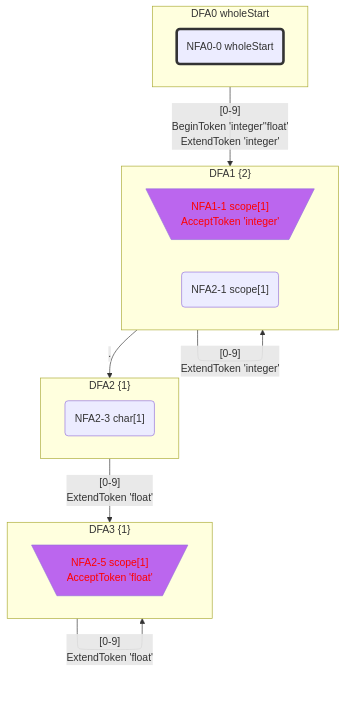
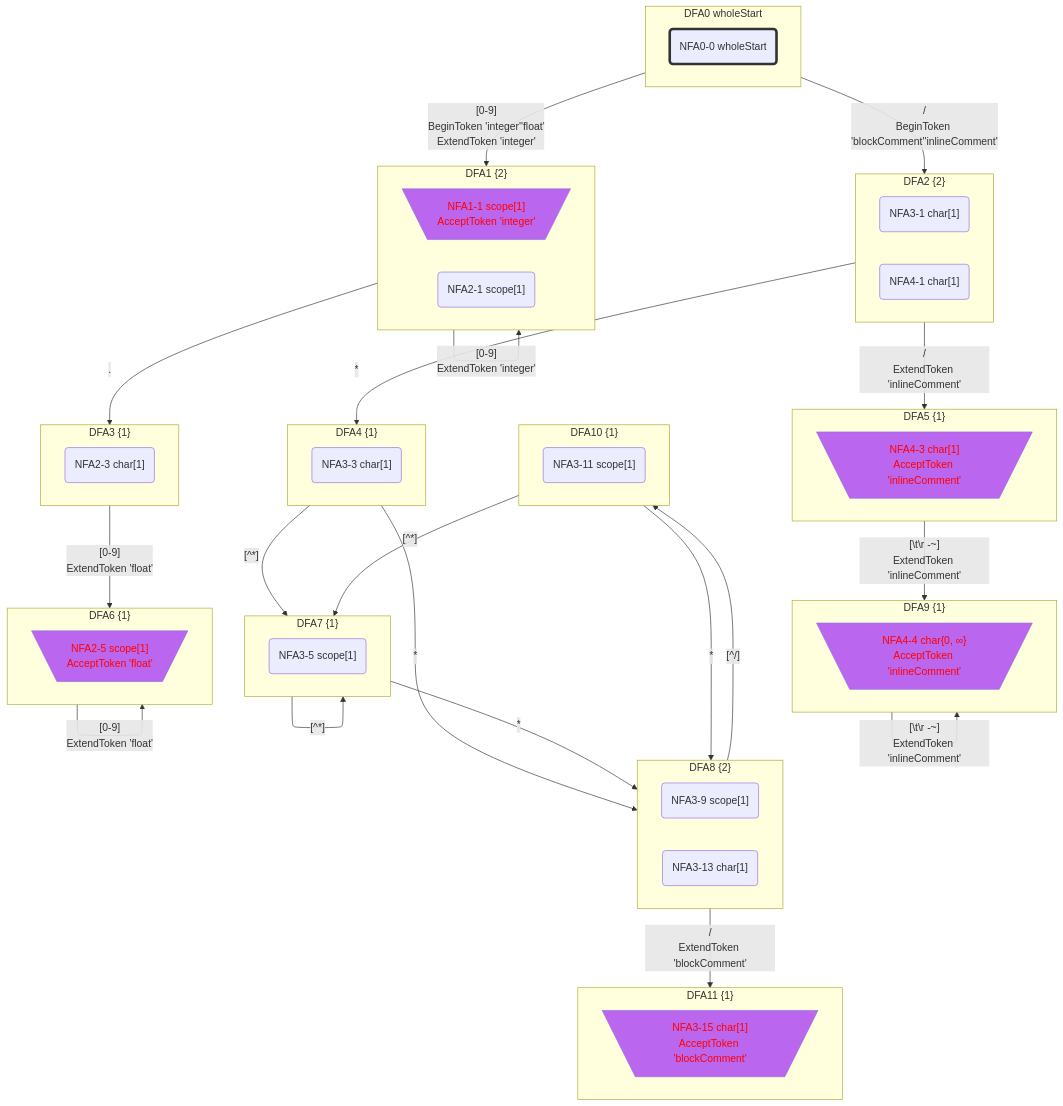
Before and after one commit to bitzhuwei/GrammarMentor: the fourth of 7 diagrams in Practices/Practice.GeneratedXxxFormat.Test/GeneratedNumbers/doc/LexicalStates.gen.md, drawn with Mermaid. The commit also changed other lines of this file and 3868 other files, not shown here.

````diff
--- a/Practices/Practice.GeneratedXxxFormat.Test/GeneratedNumbers/doc/LexicalStates.gen.md
+++ b/Practices/Practice.GeneratedXxxFormat.Test/GeneratedNumbers/doc/LexicalStates.gen.md
@@ -272,35 +577,88 @@
 classDef c1101 stroke:#333,stroke-width:4px,fill:#BB66EE,color:#FF0000;
 classDef c1110 stroke:#333,stroke-width:4px,fill:#BB66EE,stroke-dasharray: 10 10;
 classDef c1111 stroke:#333,stroke-width:4px,fill:#BB66EE,stroke-dasharray: 10 10,color:#FF0000;
-subgraph DFA0_-719760743["DFA0 wholeStart"]
-NFA0_0_2916945_0("NFA0-0 wholeStart")
-class NFA0_0_2916945_0 c1000;
+subgraph DFA0_-771602367["DFA0 wholeStart"]
+NFA0_0_46769243_0("NFA0-0 wholeStart")
+class NFA0_0_46769243_0 c1000;
 end
-class DFA0_-719760743 c1000;
-subgraph DFA1_-1749208652["DFA1 {2}"]
-NFA1_1_22693726_1[\"NFA1-1 scope[1]
+class DFA0_-771602367 c1000;
+subgraph DFA1_-1280135935["DFA1 {2}"]
+NFA1_1_20109663_1[\"NFA1-1 scope[1]
 AcceptToken 'integer'"/]
-class NFA1_1_22693726_1 c0101;
-NFA2_1_26252507_2("NFA2-1 scope[1]")
+class NFA1_1_20109663_1 c0101;
+NFA2_1_18270010_2("NFA2-1 scope[1]")
 end
-class DFA1_-1749208652 c0101;
-subgraph DFA2_-646656898["DFA2 {1}"]
-NFA2_3_34945973_3("NFA2-3 char[1]")
+class DFA1_-1280135935 c0101;
+subgraph DFA2_1441873589["DFA2 {2}"]
+NFA3_1_30212363_3("NFA3-1 char[1]")
+NFA4_1_3475817_4("NFA4-1 char[1]")
 end
-subgraph DFA3_-496823011["DFA3 {1}"]
-NFA2_5_46078304_4[\"NFA2-5 scope[1]
+subgraph DFA3_816773074["DFA3 {1}"]
+NFA2_3_31282356_5("NFA2-3 char[1]")
+end
+subgraph DFA4_2093590239["DFA4 {1}"]
+NFA3_3_54932709_6("NFA3-3 char[1]")
+end
+subgraph DFA5_648968295["DFA5 {1}"]
+NFA4_3_13105749_7[\"NFA4-3 char[1]
+AcceptToken 'inlineComment'"/]
+class NFA4_3_13105749_7 c0101;
+end
+class DFA5_648968295 c0101;
+subgraph DFA6_1463751463["DFA6 {1}"]
+NFA2_5_50842877_8[\"NFA2-5 scope[1]
 AcceptToken 'float'"/]
-class NFA2_5_46078304_4 c0101;
+class NFA2_5_50842877_8 c0101;
 end
-class DFA3_-496823011 c0101;
-DFA0_-719760743 -->|"[0-9]
+class DFA6_1463751463 c0101;
+subgraph DFA7_-664238604["DFA7 {1}"]
+NFA3_5_20364417_9("NFA3-5 scope[1]")
+end
+subgraph DFA8_-1012450386["DFA8 {2}"]
+NFA3_9_24632334_10("NFA3-9 scope[1]")
+NFA3_13_49062032_11("NFA3-13 char[1]")
+end
+subgraph DFA9_-1308847123["DFA9 {1}"]
+NFA4_4_38905106_12[\"NFA4-4 char{0, ∞}
+AcceptToken 'inlineComment'"/]
+class NFA4_4_38905106_12 c0101;
+end
+class DFA9_-1308847123 c0101;
+subgraph DFA10_155505367["DFA10 {1}"]
+NFA3_11_64305920_13("NFA3-11 scope[1]")
+end
+subgraph DFA11_-175018733["DFA11 {1}"]
+NFA3_15_14601642_14[\"NFA3-15 char[1]
+AcceptToken 'blockComment'"/]
+class NFA3_15_14601642_14 c0101;
+end
+class DFA11_-175018733 c0101;
+DFA0_-771602367 -->|"[0-9]
 BeginToken 'integer''float'
-ExtendToken 'integer'"|DFA1_-1749208652
-DFA1_-1749208652 -->|"[0-9]
-ExtendToken 'integer'"|DFA1_-1749208652
-DFA1_-1749208652 -->|"."|DFA2_-646656898
-DFA2_-646656898 -->|"[0-9]
-ExtendToken 'float'"|DFA3_-496823011
-DFA3_-496823011 -->|"[0-9]
-ExtendToken 'float'"|DFA3_-496823011
+ExtendToken 'integer'"|DFA1_-1280135935
+DFA0_-771602367 -->|"/
+BeginToken 'blockComment''inlineComment'"|DFA2_1441873589
+DFA1_-1280135935 -->|"[0-9]
+ExtendToken 'integer'"|DFA1_-1280135935
+DFA1_-1280135935 -->|"."|DFA3_816773074
+DFA2_1441873589 -->|"*"|DFA4_2093590239
+DFA2_1441873589 -->|"/
+ExtendToken 'inlineComment'"|DFA5_648968295
+DFA3_816773074 -->|"[0-9]
+ExtendToken 'float'"|DFA6_1463751463
+DFA4_2093590239 -->|"[^*]"|DFA7_-664238604
+DFA4_2093590239 -->|"*"|DFA8_-1012450386
+DFA5_648968295 -->|"[#92;t#92;r#32;-~]
+ExtendToken 'inlineComment'"|DFA9_-1308847123
+DFA6_1463751463 -->|"[0-9]
+ExtendToken 'float'"|DFA6_1463751463
+DFA7_-664238604 -->|"[^*]"|DFA7_-664238604
+DFA7_-664238604 -->|"*"|DFA8_-1012450386
+DFA8_-1012450386 -->|"[^/]"|DFA10_155505367
+DFA8_-1012450386 -->|"/
+ExtendToken 'blockComment'"|DFA11_-175018733
+DFA9_-1308847123 -->|"[#92;t#92;r#32;-~]
+ExtendToken 'inlineComment'"|DFA9_-1308847123
+DFA10_155505367 -->|"[^*]"|DFA7_-664238604
+DFA10_155505367 -->|"*"|DFA8_-1012450386
 ```
````
